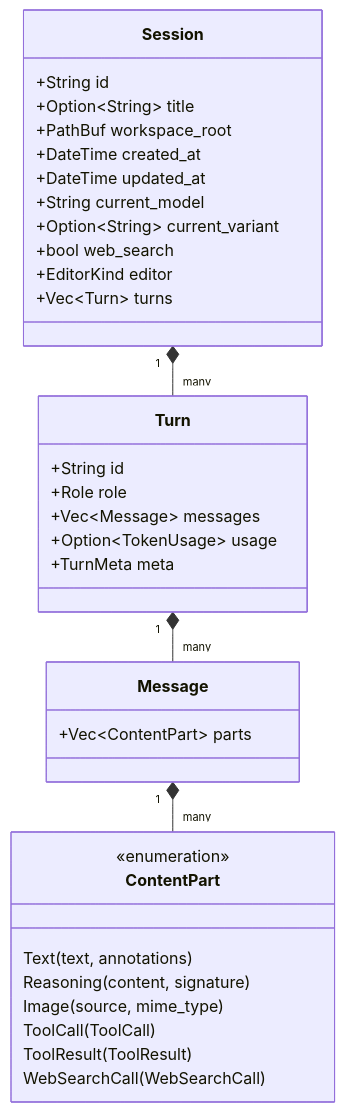
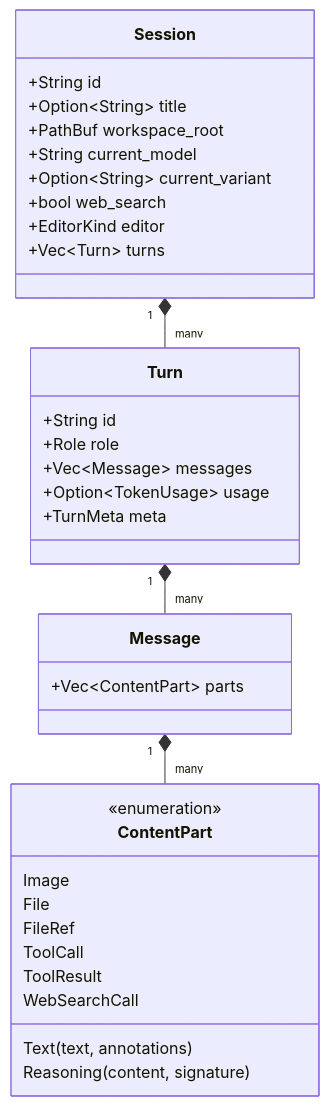
One commit to jerrita/vva changed the diagram in docs/domain_model.md. Above: the diagram before and after it, drawn with Mermaid. The commit also changed other lines of this file and 10 other files, not shown here.

````diff
--- a/docs/domain_model.md
+++ b/docs/domain_model.md
@@ -9,38 +5,38 @@
 ```mermaid
 classDiagram
     class Session {
         +String id
         +Option~String~ title
         +PathBuf workspace_root
-        +DateTime created_at
-        +DateTime updated_at
         +String current_model
         +Option~String~ current_variant
         +bool web_search
         +EditorKind editor
         +Vec~Turn~ turns
     }
     class Turn {
         +String id
         +Role role
         +Vec~Message~ messages
         +Option~TokenUsage~ usage
         +TurnMeta meta
     }
     class Message {
         +Vec~ContentPart~ parts
     }
     class ContentPart {
         <<enumeration>>
         Text(text, annotations)
         Reasoning(content, signature)
-        Image(source, mime_type)
-        ToolCall(ToolCall)
-        ToolResult(ToolResult)
-        WebSearchCall(WebSearchCall)
+        Image
+        File
+        FileRef
+        ToolCall
+        ToolResult
+        WebSearchCall
     }
 
     Session "1" *-- "many" Turn
     Turn "1" *-- "many" Message
     Message "1" *-- "many" ContentPart
 ```
````
